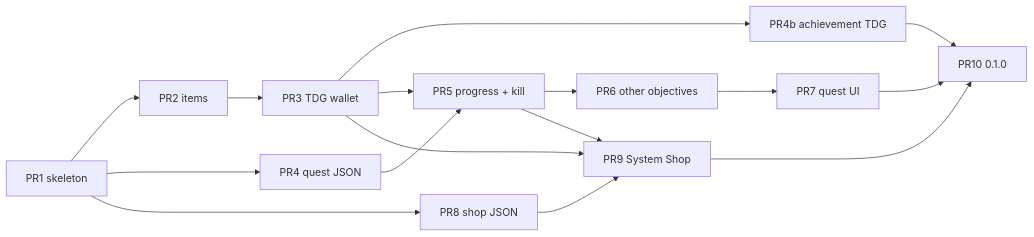
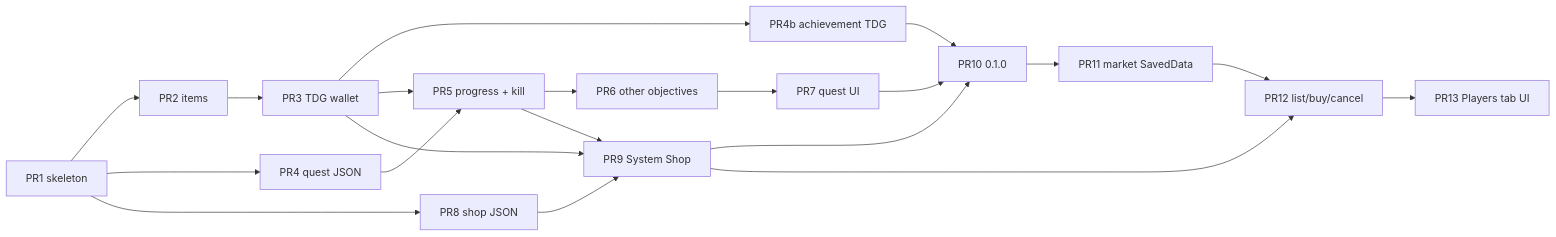
Before and after one commit to smartypantsii/MInecraft_Turtle_Dragon_Quests: the fifth of 5 diagrams in docs/DESIGN.md, drawn with Mermaid. The commit also changed other lines of this file and 2 other files, not shown here.

First line of the commit message:
docs: capture 0.2 Players tab market for next build

````diff
--- a/docs/DESIGN.md
+++ b/docs/DESIGN.md
@@ -1626,18 +1705,22 @@
 ```mermaid
 flowchart LR
   P1[PR1 skeleton] --> P2[PR2 items]
   P1 --> P4[PR4 quest JSON]
   P1 --> P8[PR8 shop JSON]
   P2 --> P3[PR3 TDG wallet]
   P3 --> P4b[PR4b achievement TDG]
   P4 --> P5[PR5 progress + kill]
   P3 --> P5
   P5 --> P6[PR6 other objectives]
   P6 --> P7[PR7 quest UI]
   P3 --> P9[PR9 System Shop]
   P5 --> P9
   P8 --> P9
   P7 --> P10[PR10 0.1.0]
   P9 --> P10
   P4b --> P10
+  P10 --> P11[PR11 market SavedData]
+  P11 --> P12[PR12 list/buy/cancel]
+  P9 --> P12
+  P12 --> P13[PR13 Players tab UI]
 ```
````
